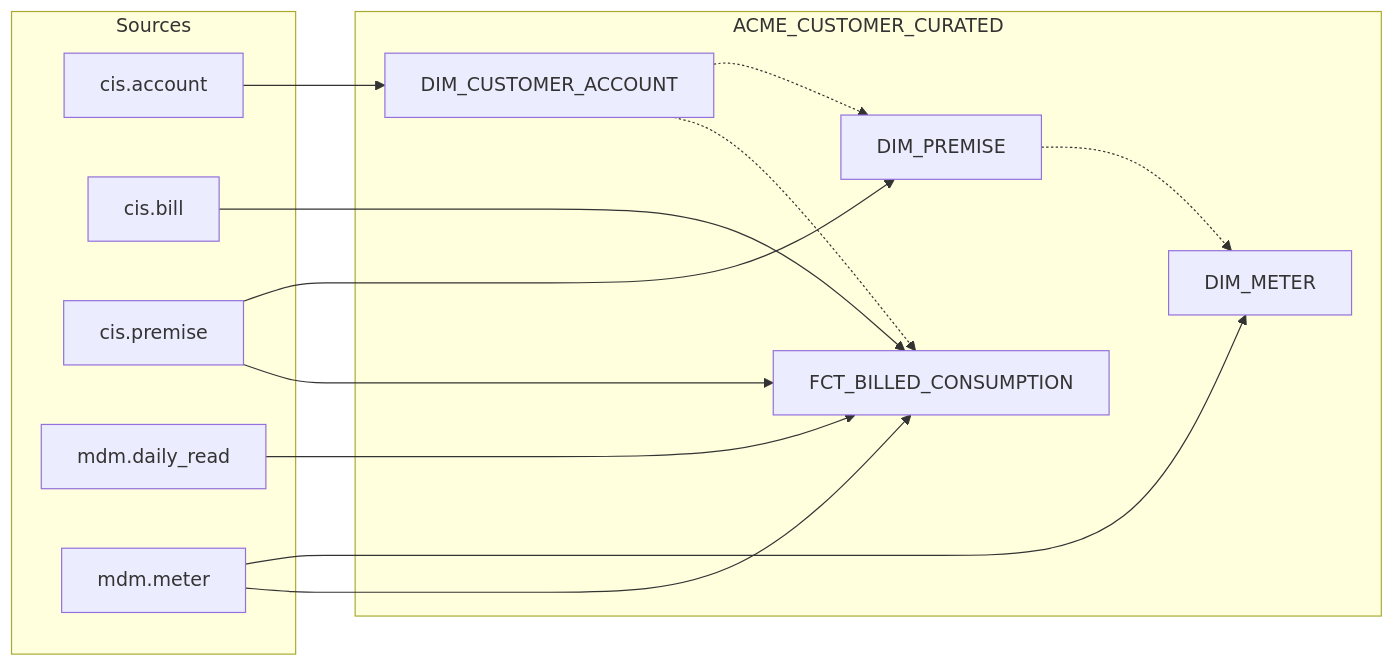
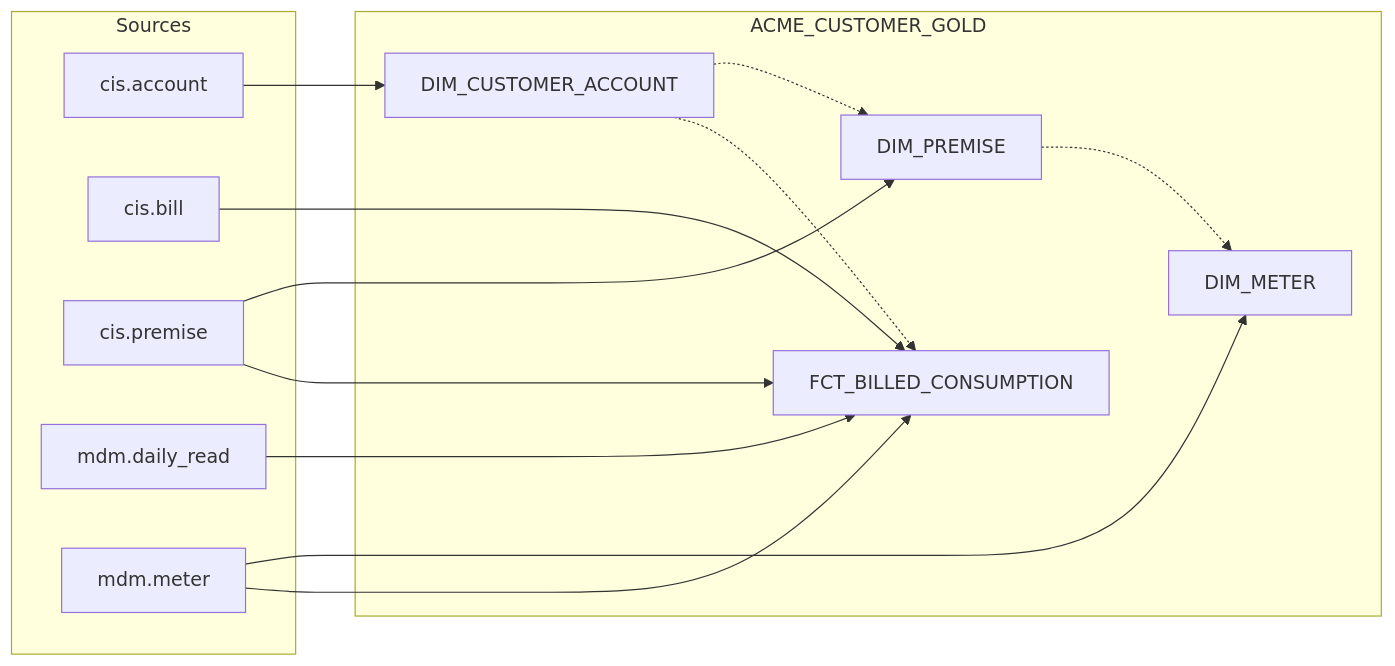
The diagram in demo-data/utilities/lineage/utilities-meter-to-cash.lineage.mmd (CloudKatasani/Agentic-Data-Engineering-Framework), drawn with Mermaid before and after one commit. The commit also changed 92 other files, not shown here.

First line of the commit message:
Medallion architecture: source DB to open-table lake to analytics, executed for real

```diff
--- a/demo-data/utilities/lineage/utilities-meter-to-cash.lineage.mmd
+++ b/demo-data/utilities/lineage/utilities-meter-to-cash.lineage.mmd
@@ -1,24 +1,24 @@
 flowchart LR
   subgraph Sources
     n0["cis.account"]
     n1["cis.bill"]
     n2["cis.premise"]
     n3["mdm.daily_read"]
     n4["mdm.meter"]
   end
-  subgraph Data_product["ACME_CUSTOMER_CURATED"]
+  subgraph Data_product["ACME_CUSTOMER_GOLD"]
     n5["DIM_CUSTOMER_ACCOUNT"]
     n6["DIM_METER"]
     n7["DIM_PREMISE"]
     n8["FCT_BILLED_CONSUMPTION"]
   end
   n0 --> n5
   n1 --> n8
   n2 --> n7
   n2 --> n8
   n3 --> n8
   n4 --> n6
   n4 --> n8
   n5 -.-> n7
   n7 -.-> n6
   n5 -.-> n8
```
